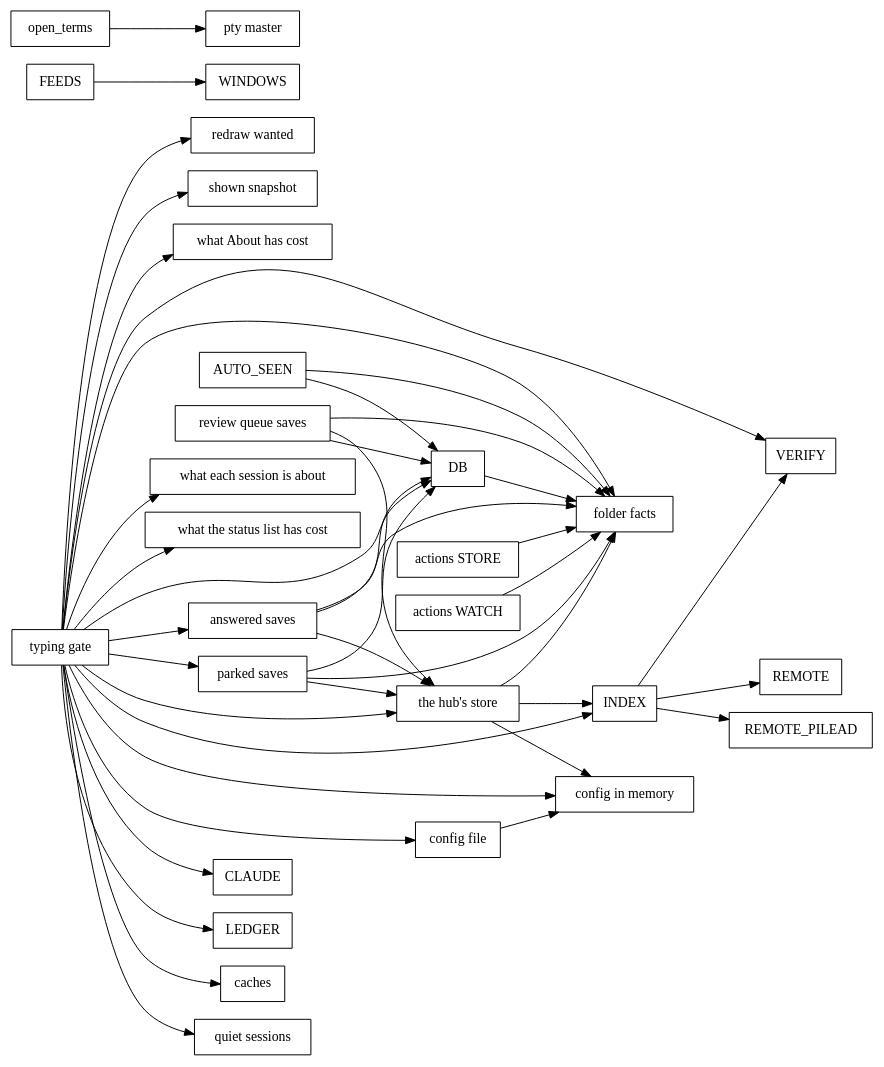
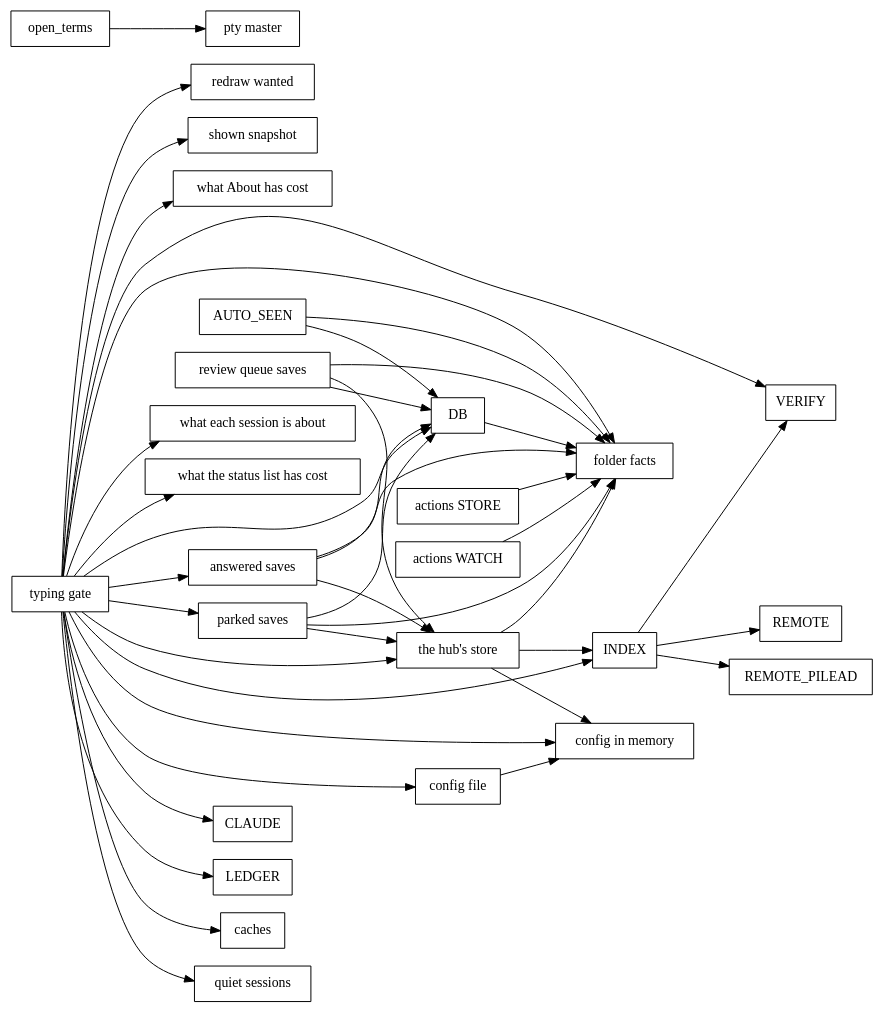
Before and after one commit to spacegrowth/cue: the diagram in docs/dev/lock-graph.dot, drawn with Graphviz. The commit also changed 1 other file, not shown here.

```diff
--- a/docs/dev/lock-graph.dot
+++ b/docs/dev/lock-graph.dot
@@ -1,46 +1,45 @@
 // Generated by `cargo run -p xtask -- inventory`; don't edit by hand.
 digraph locks {
   rankdir=LR;
   node [shape=box];
   "AUTO_SEEN" -> "DB";
   "AUTO_SEEN" -> "folder facts";
   "DB" -> "folder facts";
-  "FEEDS" -> "WINDOWS";
   "INDEX" -> "REMOTE";
   "INDEX" -> "REMOTE_PILEAD";
   "INDEX" -> "VERIFY";
   "actions STORE" -> "folder facts";
   "actions WATCH" -> "folder facts";
   "answered saves" -> "DB";
   "answered saves" -> "folder facts";
   "answered saves" -> "the hub's store";
   "config file" -> "config in memory";
   "open_terms" -> "pty master";
   "parked saves" -> "DB";
   "parked saves" -> "folder facts";
   "parked saves" -> "the hub's store";
   "review queue saves" -> "DB";
   "review queue saves" -> "folder facts";
   "review queue saves" -> "the hub's store";
   "the hub's store" -> "INDEX";
   "the hub's store" -> "config in memory";
   "the hub's store" -> "folder facts";
   "typing gate" -> "CLAUDE";
   "typing gate" -> "DB";
   "typing gate" -> "INDEX";
   "typing gate" -> "LEDGER";
   "typing gate" -> "VERIFY";
   "typing gate" -> "answered saves";
   "typing gate" -> "caches";
   "typing gate" -> "config file";
   "typing gate" -> "config in memory";
   "typing gate" -> "folder facts";
   "typing gate" -> "parked saves";
   "typing gate" -> "quiet sessions";
   "typing gate" -> "redraw wanted";
   "typing gate" -> "shown snapshot";
   "typing gate" -> "the hub's store";
   "typing gate" -> "what About has cost";
   "typing gate" -> "what each session is about";
   "typing gate" -> "what the status list has cost";
 }
```
